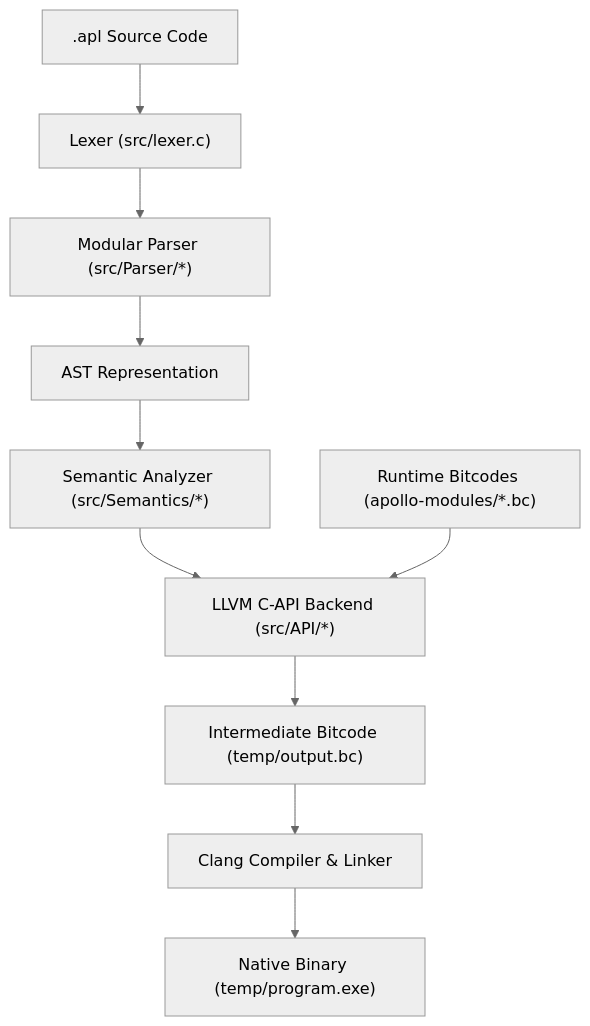
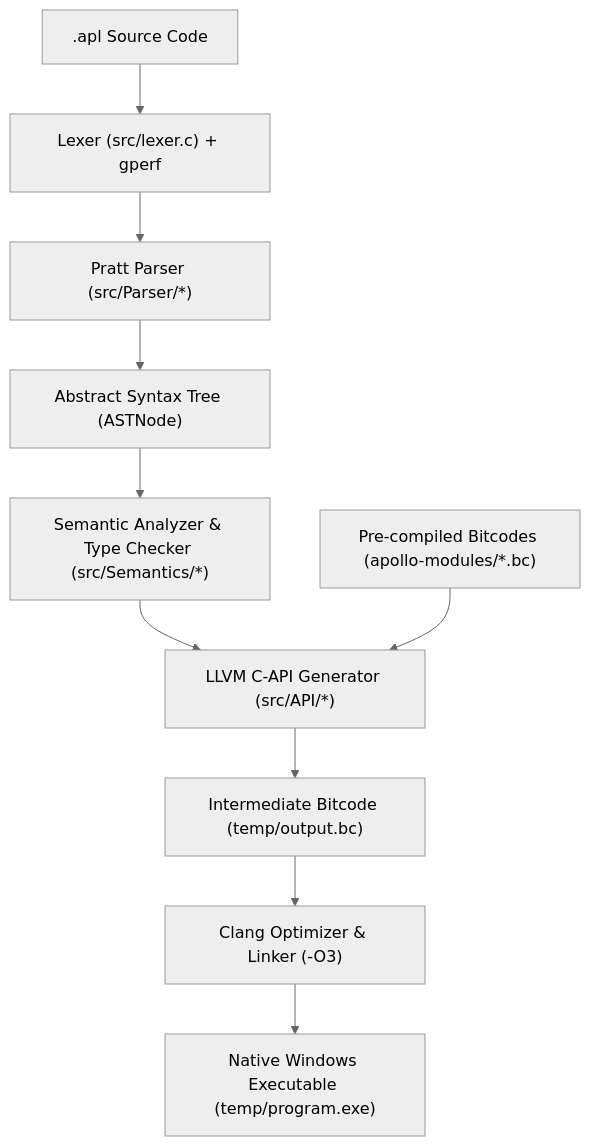
One commit to jusscaleb/C-Apollo changed the first of 2 diagrams in README.md. Above: the diagram before and after it, drawn with Mermaid (neutral theme). The commit also changed other lines of this file and 27 other files, not shown here.

````diff
--- a/README.md
+++ b/README.md
@@ -161,12 +196,12 @@
 ```mermaid
 flowchart TD
-    Source[".apl Source Code"] --> Lexer["Lexer (src/lexer.c)"]
-    Lexer --> Parser["Modular Parser (src/Parser/*)"]
-    Parser --> AST["AST Representation"]
-    AST --> Semantic["Semantic Analyzer (src/Semantics/*)"]
-    Semantic --> LLVMBackend["LLVM C-API Backend (src/API/*)"]
-    Modules["Runtime Bitcodes (apollo-modules/*.bc)"] --> LLVMBackend
+    Source[".apl Source Code"] --> Lexer["Lexer (src/lexer.c) + gperf"]
+    Lexer --> Parser["Pratt Parser (src/Parser/*)"]
+    Parser --> AST["Abstract Syntax Tree (ASTNode)"]
+    AST --> Semantic["Semantic Analyzer & Type Checker (src/Semantics/*)"]
+    Semantic --> LLVMBackend["LLVM C-API Generator (src/API/*)"]
+    Modules["Pre-compiled Bitcodes (apollo-modules/*.bc)"] --> LLVMBackend
     LLVMBackend --> Bitcode["Intermediate Bitcode (temp/output.bc)"]
-    Bitcode --> Clang["Clang Compiler & Linker"]
-    Clang --> Executable["Native Binary (temp/program.exe)"]
+    Bitcode --> Clang["Clang Optimizer & Linker (-O3)"]
+    Clang --> Executable["Native Windows Executable (temp/program.exe)"]
 ```
````
